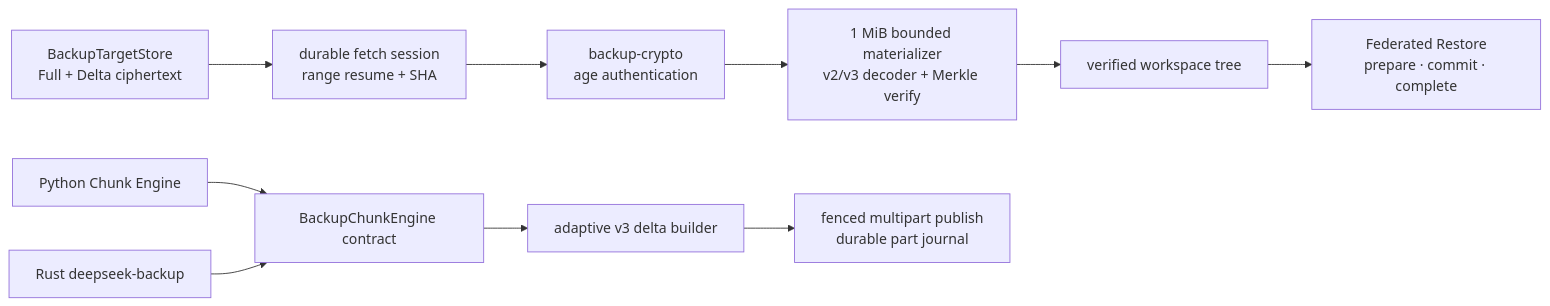
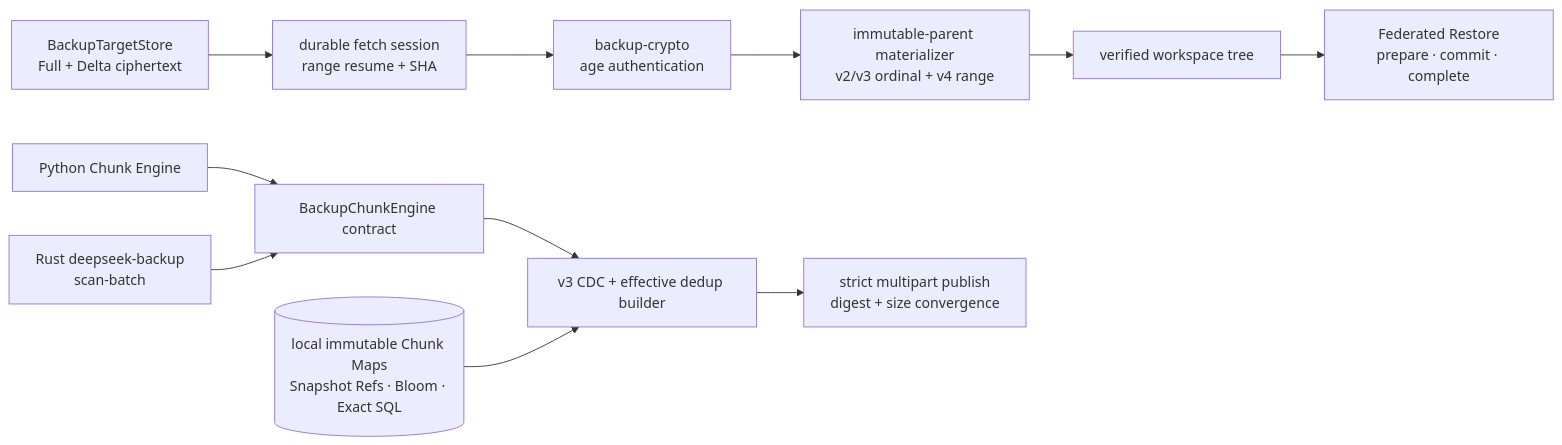
Before and after one commit to leizd/DeepSeek-Infra: the fourth of 5 diagrams in docs/ARCHITECTURE.md, drawn with Mermaid. The commit also changed other lines of this file and 42 other files, not shown here.

Commit message:
release(4.4.11): add effective snapshot deduplication

````diff
--- a/docs/ARCHITECTURE.md
+++ b/docs/ARCHITECTURE.md
@@ -149,12 +149,13 @@
 ```mermaid
 flowchart LR
     T["BackupTargetStore<br/>Full + Delta ciphertext"] --> F["durable fetch session<br/>range resume + SHA"]
     F --> A["backup-crypto<br/>age authentication"]
-    A --> M["1 MiB bounded materializer<br/>v2/v3 decoder + Merkle verify"]
+    A --> M["immutable-parent materializer<br/>v2/v3 ordinal + v4 range"]
     M --> V["verified workspace tree"]
     V --> R["Federated Restore<br/>prepare · commit · complete"]
     P["Python Chunk Engine"] --> B["BackupChunkEngine contract"]
-    N["Rust deepseek-backup"] --> B
-    B --> D["adaptive v3 delta builder"]
-    D --> S["fenced multipart publish<br/>durable part journal"]
+    N["Rust deepseek-backup<br/>scan-batch"] --> B
+    B --> D["v3 CDC + effective dedup builder"]
+    I[("local immutable Chunk Maps<br/>Snapshot Refs · Bloom · Exact SQL")] --> D
+    D --> S["strict multipart publish<br/>digest + size convergence"]
 ```
````
